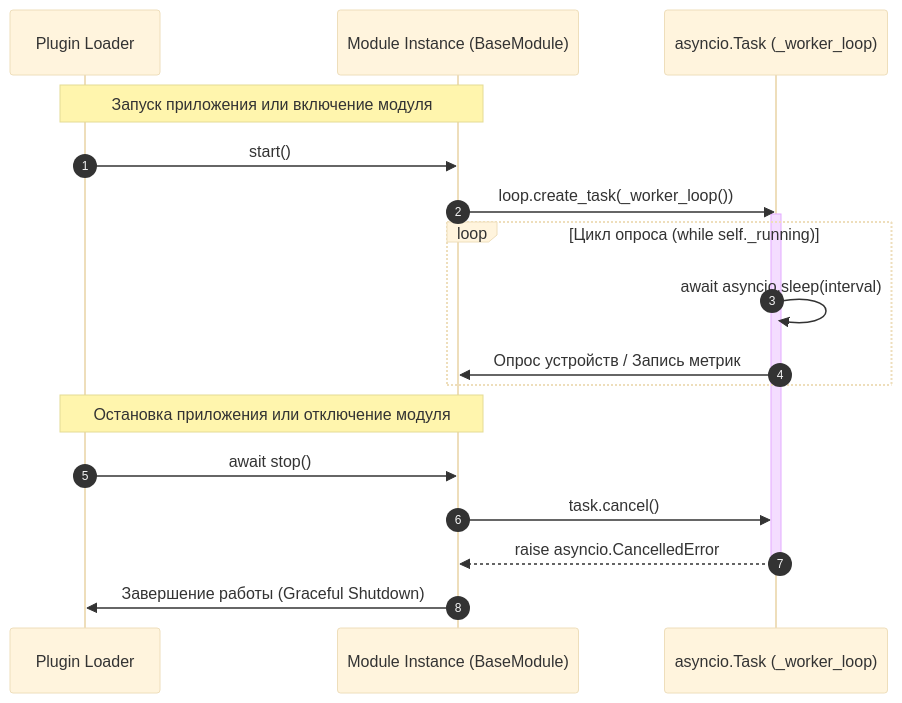
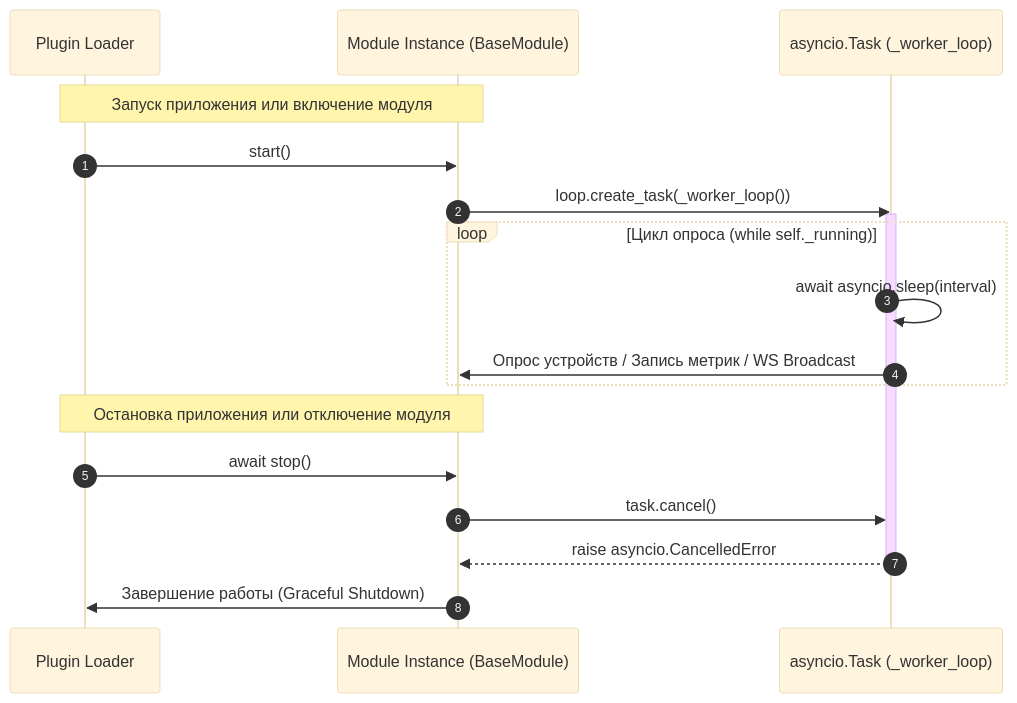
Before and after one commit to Apofixc/nms-webui: the second of 2 diagrams in docs/wiki/03-module-development/16-background-workers.md, drawn with Mermaid (base theme). The commit also changed other lines of this file, not shown here.

Commit message:
docs: update background worker module documentation for current implementation

````diff
--- a/docs/wiki/03-module-development/16-background-workers.md
+++ b/docs/wiki/03-module-development/16-background-workers.md
@@ -47,22 +49,22 @@
 ```mermaid
 sequenceDiagram
     autonumber
     participant Core as Plugin Loader
     participant Mod as Module Instance (BaseModule)
     participant Worker as asyncio.Task (_worker_loop)
 
     Note over Core, Mod: Запуск приложения или включение модуля
     Core->>Mod: start()
     Mod->>Worker: loop.create_task(_worker_loop())
     activate Worker
     loop Цикл опроса (while self._running)
         Worker->>Worker: await asyncio.sleep(interval)
-        Worker->>Mod: Опрос устройств / Запись метрик
+        Worker->>Mod: Опрос устройств / Запись метрик / WS Broadcast
     end
     Note over Core, Mod: Остановка приложения или отключение модуля
     Core->>Mod: await stop()
     Mod->>Worker: task.cancel()
     Worker-->>Mod: raise asyncio.CancelledError
     deactivate Worker
     Mod->>Core: Завершение работы (Graceful Shutdown)
 ```
````
